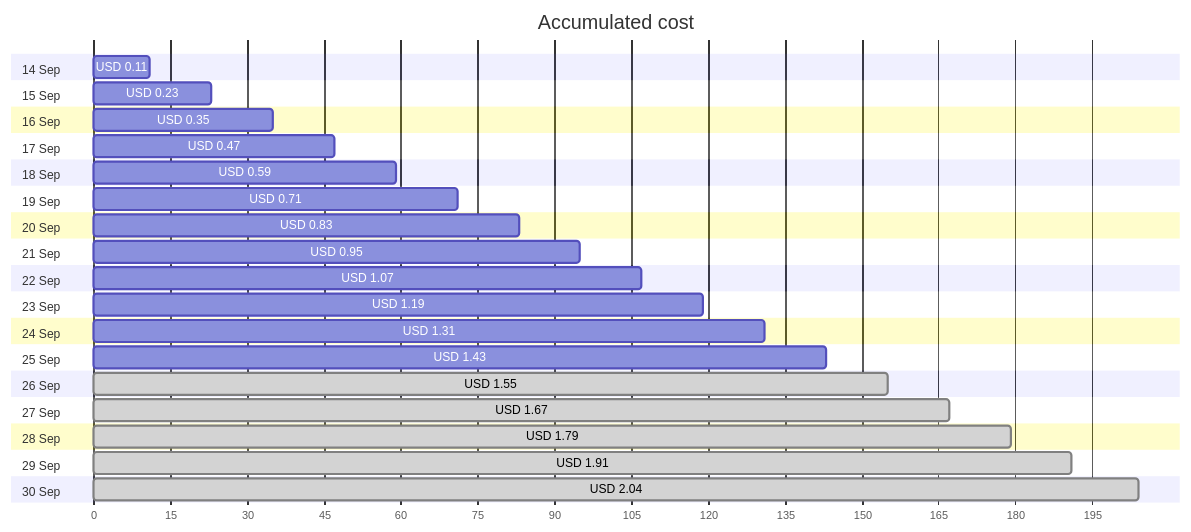
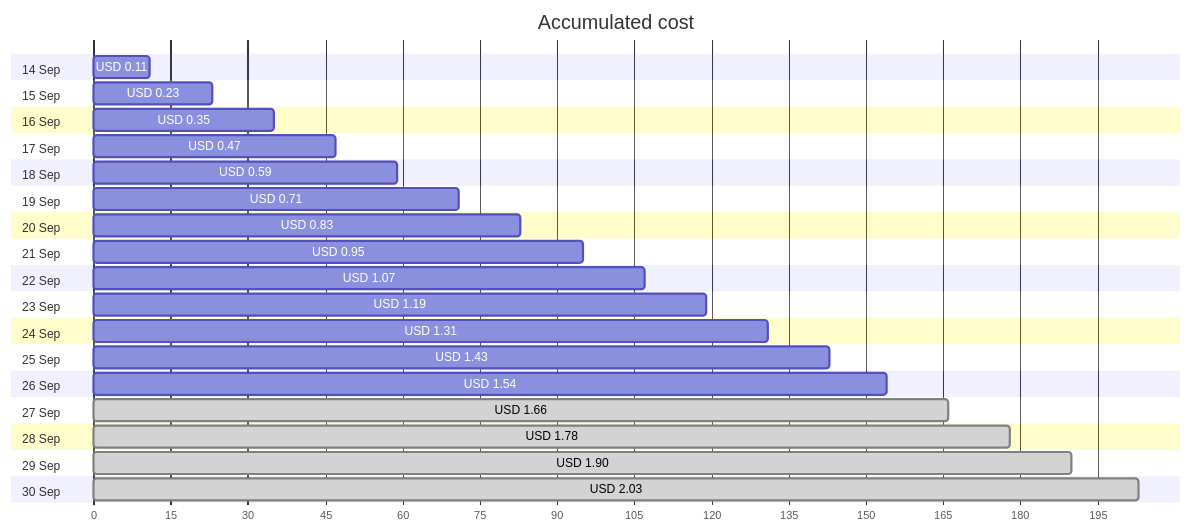
The first of 4 diagrams in cost-reports/personal-network/backup-server-public-ip.md (jpfulton/azure-personal-reports), drawn with Mermaid before and after one commit. The commit also changed other lines of this file and 9 other files, not shown here.

````diff
--- a/cost-reports/personal-network/backup-server-public-ip.md
+++ b/cost-reports/personal-network/backup-server-public-ip.md
@@ -20,40 +20,40 @@
 ```mermaid
 gantt
    title Accumulated cost
    dateFormat  X
    axisFormat %s
    section 14 Sep
    USD 0.11 :0, 11
    section 15 Sep
    USD 0.23 :0, 23
    section 16 Sep
    USD 0.35 :0, 35
    section 17 Sep
    USD 0.47 :0, 47
    section 18 Sep
    USD 0.59 :0, 59
    section 19 Sep
    USD 0.71 :0, 71
    section 20 Sep
    USD 0.83 :0, 83
    section 21 Sep
    USD 0.95 :0, 95
    section 22 Sep
    USD 1.07 :0, 107
    section 23 Sep
    USD 1.19 :0, 119
    section 24 Sep
    USD 1.31 :0, 131
    section 25 Sep
    USD 1.43 :0, 143
    section 26 Sep
-   USD 1.55 : done, 0, 155
+   USD 1.54 :0, 154
    section 27 Sep
-   USD 1.67 : done, 0, 167
+   USD 1.66 : done, 0, 166
    section 28 Sep
-   USD 1.79 : done, 0, 179
+   USD 1.78 : done, 0, 178
    section 29 Sep
-   USD 1.91 : done, 0, 191
+   USD 1.90 : done, 0, 190
    section 30 Sep
-   USD 2.04 : done, 0, 204
+   USD 2.03 : done, 0, 203
 ```
````
